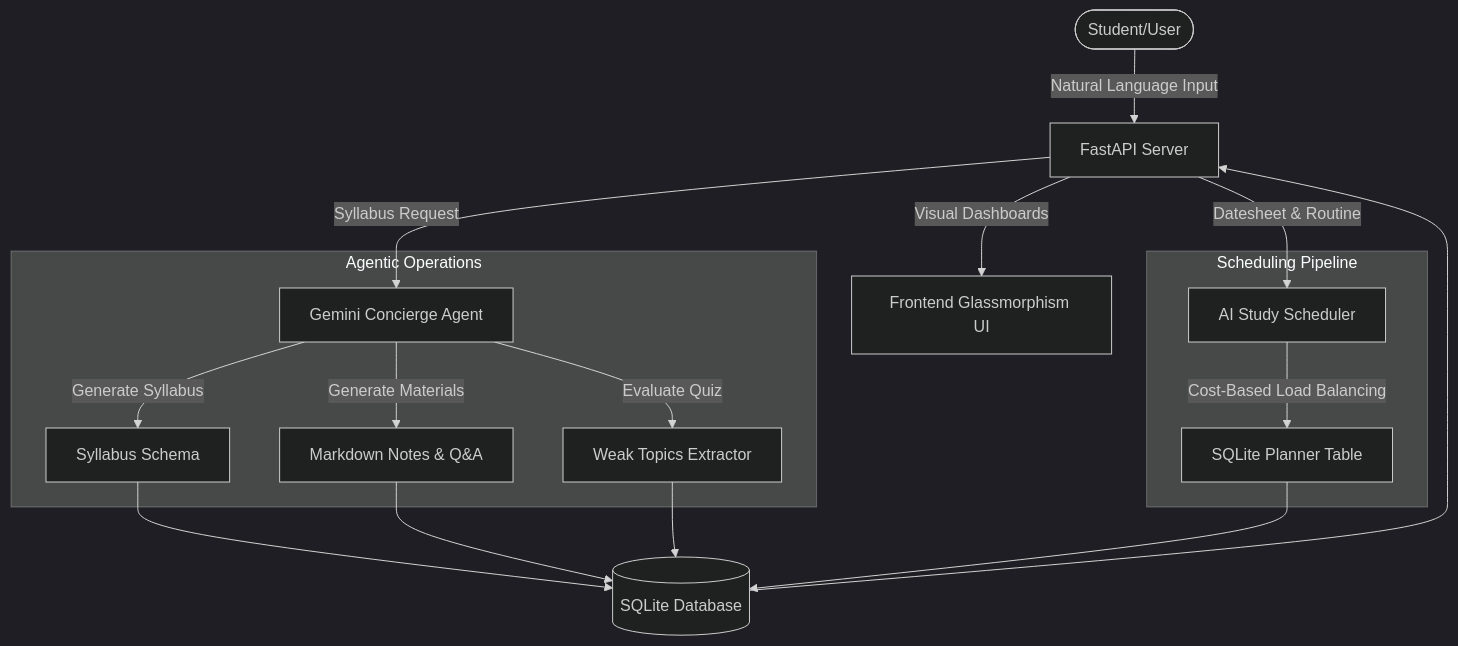
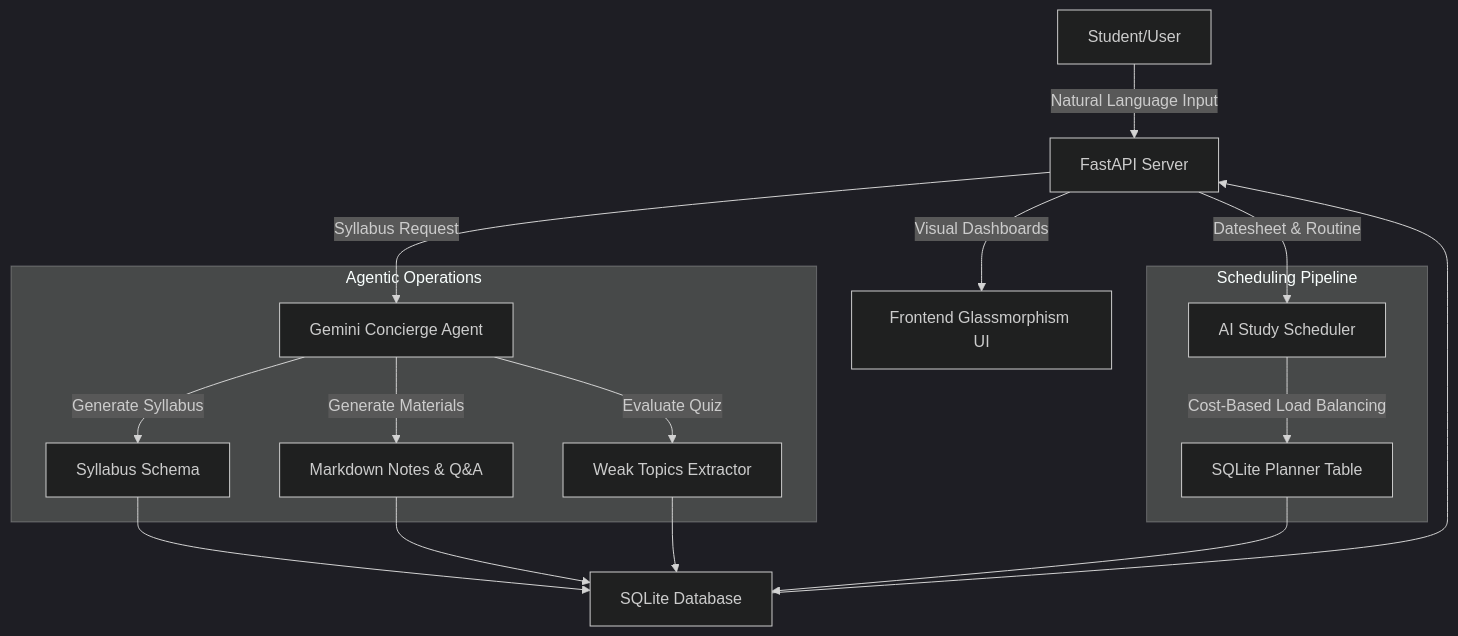
One commit to SN-28/STUDYSMITH changed the first of 2 diagrams in README.md. Above: the diagram before and after it, drawn with Mermaid (dark theme). The commit also changed other lines of this file, not shown here.

Commit message:
Simplify Mermaid node shapes for perfect GitHub rendering

````diff
--- a/README.md
+++ b/README.md
@@ -51,23 +51,23 @@
 ```mermaid
 graph TD
-    User(["Student/User"]) -->|Natural Language Input| API[FastAPI Server]
-    API -->|Syllabus Request| Agent[Gemini Concierge Agent]
-    API -->|Datesheet & Routine| Scheduler[AI Study Scheduler]
+    User["Student/User"] -->|Natural Language Input| API["FastAPI Server"]
+    API -->|Syllabus Request| Agent["Gemini Concierge Agent"]
+    API -->|Datesheet & Routine| Scheduler["AI Study Scheduler"]
     
     subgraph Agentic Operations
-        Agent -->|Generate Syllabus| SSchema[Syllabus Schema]
+        Agent -->|Generate Syllabus| SSchema["Syllabus Schema"]
         Agent -->|Generate Materials| MSchema["Markdown Notes & Q&A"]
-        Agent -->|Evaluate Quiz| ESchema[Weak Topics Extractor]
+        Agent -->|Evaluate Quiz| ESchema["Weak Topics Extractor"]
     end
     
     subgraph Scheduling Pipeline
-        Scheduler -->|Cost-Based Load Balancing| Cal[SQLite Planner Table]
+        Scheduler -->|Cost-Based Load Balancing| Cal["SQLite Planner Table"]
     end
     
-    SSchema --> DB[("SQLite Database")]
+    SSchema --> DB["SQLite Database"]
     MSchema --> DB
     ESchema --> DB
     Cal --> DB
     DB --> API
     API -->|Visual Dashboards| UI["Frontend Glassmorphism UI"]
 ```
````
